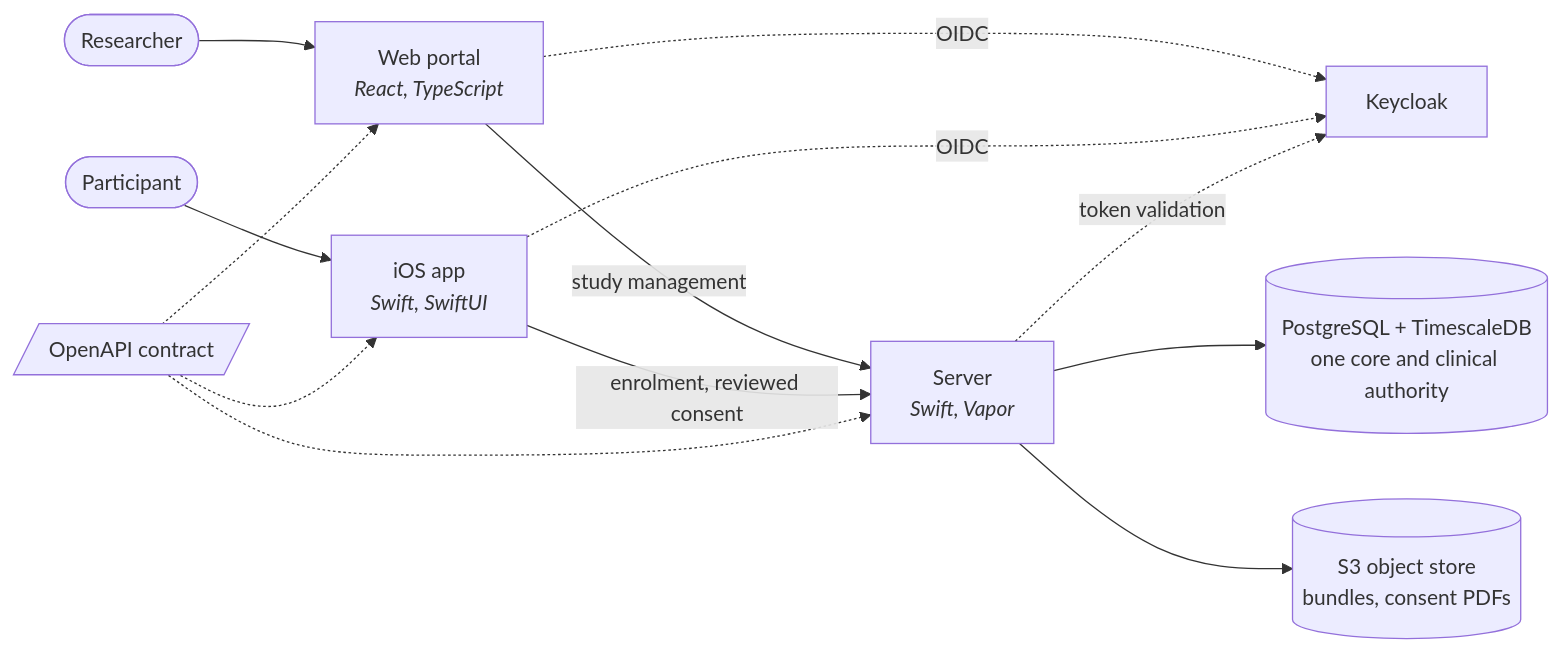
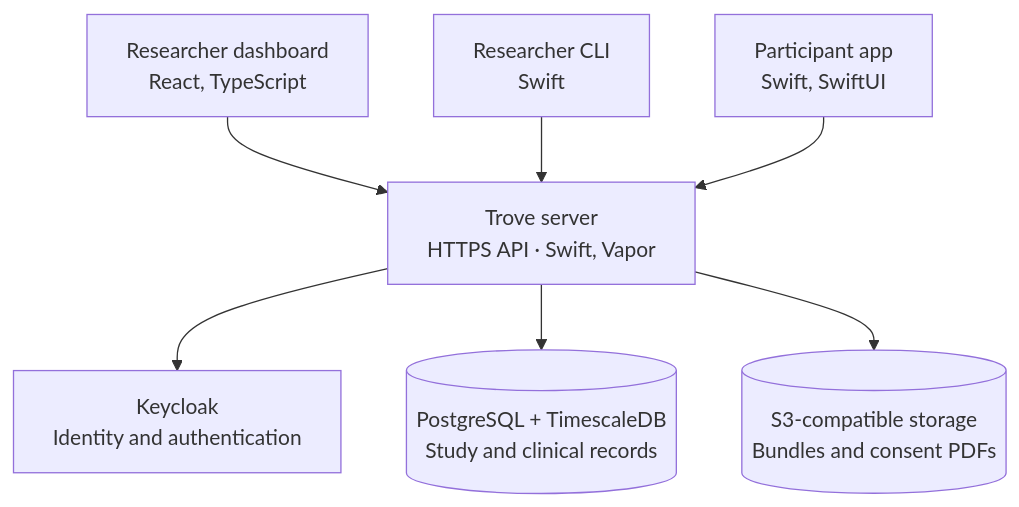
Before and after one commit to SchmiedmayerLab/Trove: the diagram in README.md, drawn with Mermaid. The commit also changed other lines of this file and 29 other files, not shown here.

````diff
--- a/README.md
+++ b/README.md
@@ -62,19 +63,12 @@
 ```mermaid
-flowchart LR
-    R([Researcher]) --> W["Web portal<br/><i>React, TypeScript</i>"]
-    P([Participant]) --> I["iOS app<br/><i>Swift, SwiftUI</i>"]
-
-    W -->|study management| S["Server<br/><i>Swift, Vapor</i>"]
-    I -->|enrolment, reviewed consent| S
-
-    W -.->|OIDC| K[Keycloak]
-    I -.->|OIDC| K
-    S -.->|token validation| K
-
-    S --> PG[("PostgreSQL + TimescaleDB<br/>one core and clinical authority")]
-    S --> OS[("S3 object store<br/>bundles, consent PDFs")]
-
-    API[/"OpenAPI contract"/] -.-> W
-    API -.-> I
-    API -.-> S
+flowchart TB
+    accTitle: Trove Components
+    accDescr: The researcher dashboard, Swift CLI and participant app send requests to the Trove server. The server validates identity with Keycloak and stores data in PostgreSQL with TimescaleDB and S3-compatible storage.
+    W["Researcher dashboard<br/>React, TypeScript"] --> S
+    C["Researcher CLI<br/>Swift"] --> S
+    I["Participant app<br/>Swift, SwiftUI"] --> S
+    S["Trove server<br/>HTTPS API · Swift, Vapor"]
+    S --> K["Keycloak<br/>Identity and authentication"]
+    S --> PG[("PostgreSQL + TimescaleDB<br/>Study and clinical records")]
+    S --> OS[("S3-compatible storage<br/>Bundles and consent PDFs")]
 ```
````
